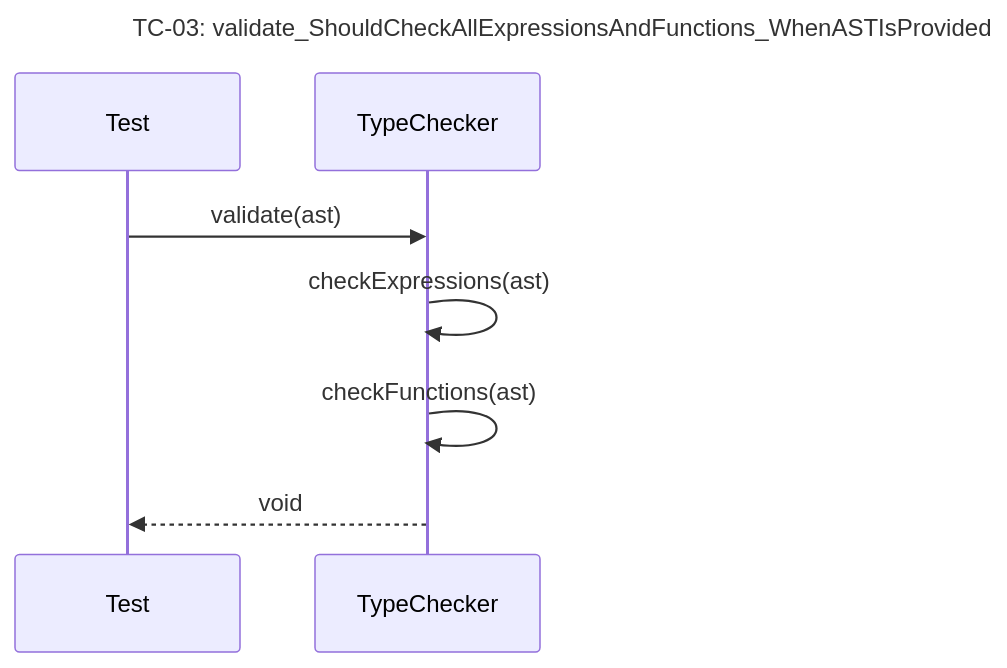
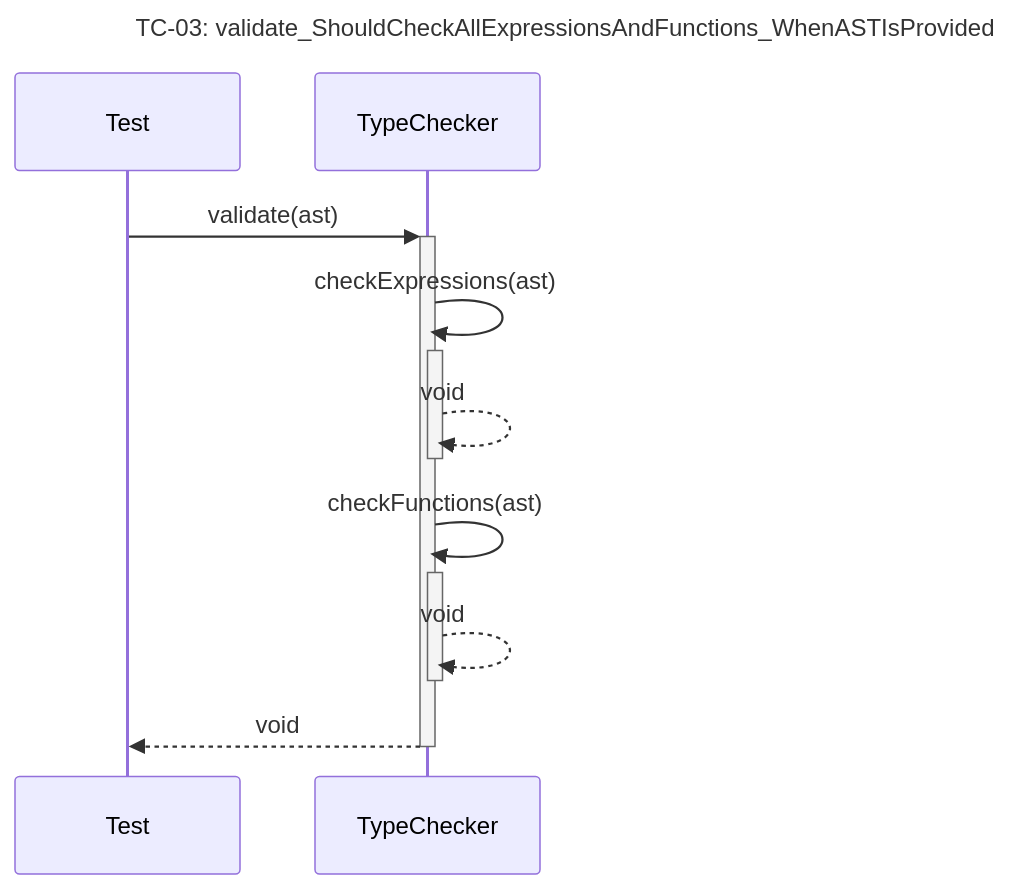
One commit to Dikhang1112/Database_Management_BBV changed diagram 13 of 30 in docs/unit_test/query_prossor/SequeceTestCase.md. Above: the diagram before and after it, drawn with Mermaid. The commit also changed other lines of this file and 12 other files, not shown here.

Commit message:
Refactor sequece diagram

````diff
--- a/docs/unit_test/query_prossor/SequeceTestCase.md
+++ b/docs/unit_test/query_prossor/SequeceTestCase.md
@@ -193,11 +197,13 @@
 ```mermaid
 sequenceDiagram
     title TC-03: validate_ShouldCheckAllExpressionsAndFunctions_WhenASTIsProvided
     participant Test
     participant TypeChecker
 
-    Test->>TypeChecker: validate(ast)
-    TypeChecker->>TypeChecker: checkExpressions(ast)
-    TypeChecker->>TypeChecker: checkFunctions(ast)
-    TypeChecker-->>Test: void
+    Test->>+TypeChecker: validate(ast)
+    TypeChecker->>+TypeChecker: checkExpressions(ast)
+    TypeChecker-->>-TypeChecker: void
+    TypeChecker->>+TypeChecker: checkFunctions(ast)
+    TypeChecker-->>-TypeChecker: void
+    TypeChecker-->>-Test: void
 ```
````
